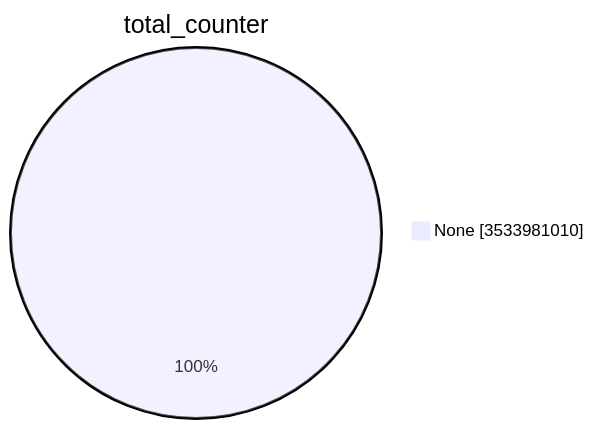
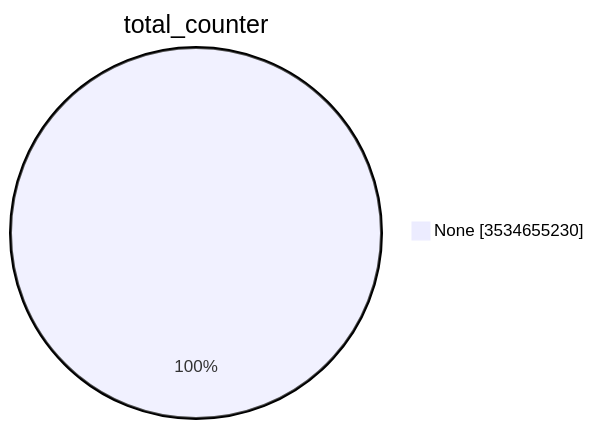
The first of 15 diagrams in TOTAL/README.md (christiankrug/ctmonitor_visualization), drawn with Mermaid before and after one commit. The commit also changed other lines of this file, not shown here.

````diff
--- a/TOTAL/README.md
+++ b/TOTAL/README.md
@@ -1,5 +1,5 @@
 ```mermaid
 pie showData
 title total_counter
-"None" :3533981010
+"None" :3534655230
 ```
````
